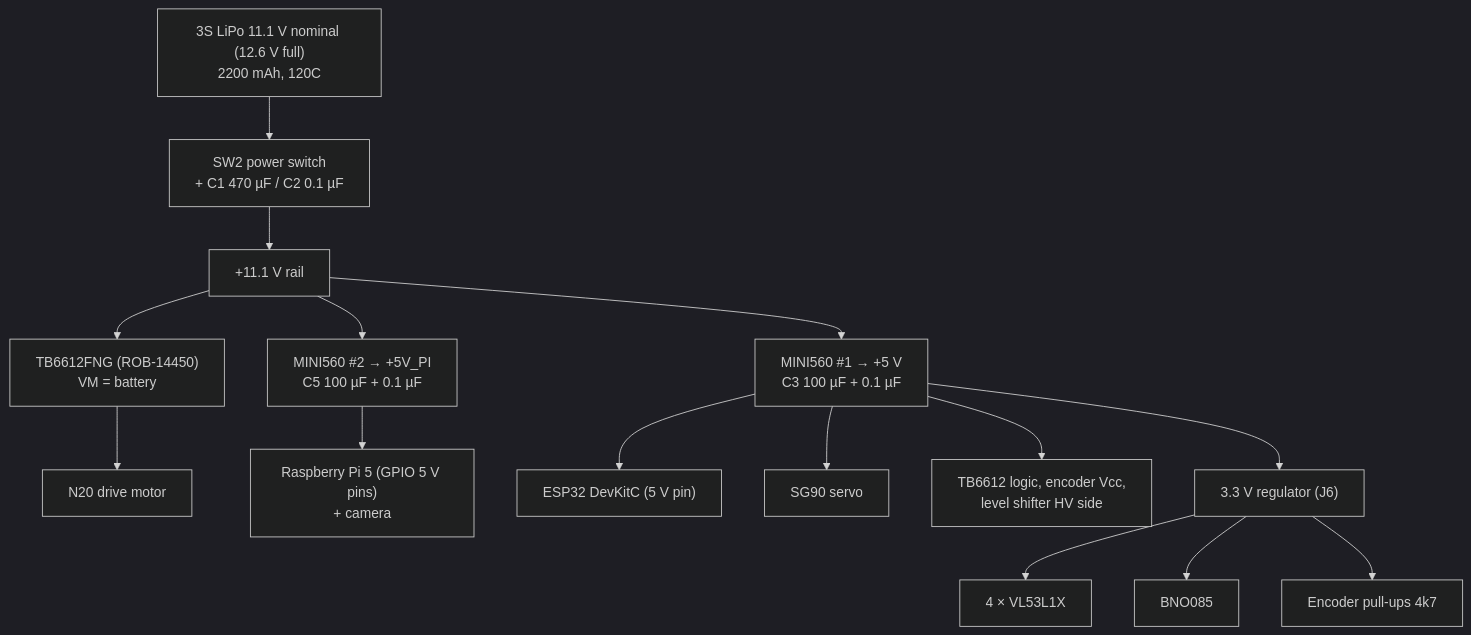
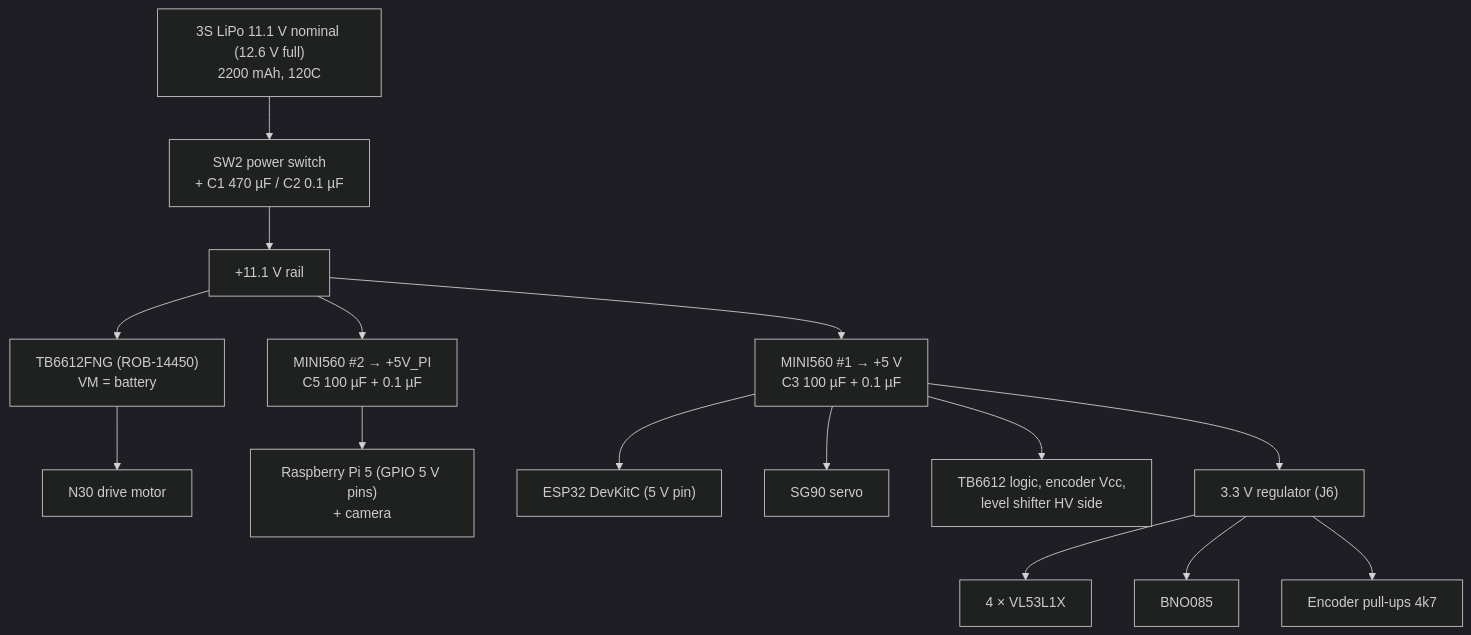
One commit to Nakashima26/WRO_FE_2026_FoxRobotics changed the second of 6 diagrams in README.md. Above: the diagram before and after it, drawn with Mermaid (dark theme). The commit also changed other lines of this file and 8 other files, not shown here.

````diff
--- a/README.md
+++ b/README.md
@@ -386,16 +401,16 @@
 ```mermaid
 flowchart TD
   BAT["3S LiPo 11.1 V nominal (12.6 V full)<br/>2200 mAh, 120C"] --> SW2["SW2 power switch<br/>+ C1 470 µF / C2 0.1 µF"]
   SW2 --> V11["+11.1 V rail"]
-  V11 --> TB["TB6612FNG (ROB-14450)<br/>VM = battery"] --> M["N20 drive motor"]
+  V11 --> TB["TB6612FNG (ROB-14450)<br/>VM = battery"] --> M["N30 drive motor"]
   V11 --> B1["MINI560 #1 → +5 V<br/>C3 100 µF + 0.1 µF"]
   V11 --> B2["MINI560 #2 → +5V_PI<br/>C5 100 µF + 0.1 µF"]
   B2 --> PI["Raspberry Pi 5 (GPIO 5 V pins)<br/>+ camera"]
   B1 --> ESP["ESP32 DevKitC (5 V pin)"]
   B1 --> SERVO["SG90 servo"]
   B1 --> LOGIC["TB6612 logic, encoder Vcc,<br/>level shifter HV side"]
   B1 --> R33["3.3 V regulator (J6)"]
   R33 --> TOF["4 × VL53L1X"]
   R33 --> BNO["BNO085"]
   R33 --> PU["Encoder pull-ups 4k7"]
 ```
````
